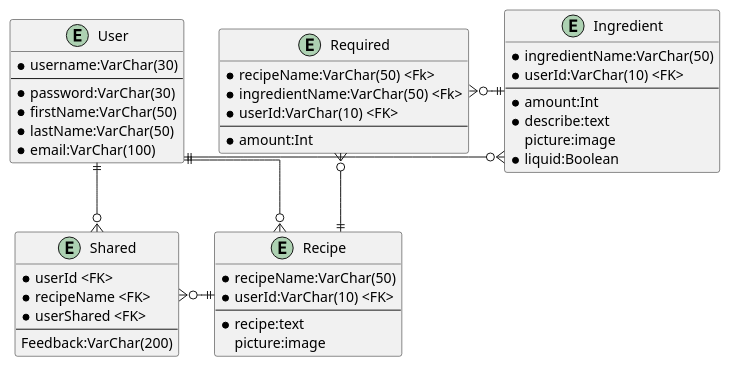
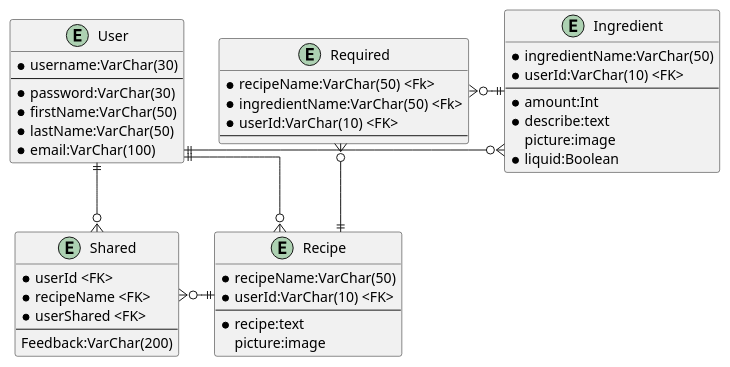
One commit to bluewolf44/PantryPal changed the diagram in Diagrams/BTeamERD.puml. Above: the diagram before and after it, drawn with PlantUML. The commit also changed 1 other file, not shown here.

```diff
--- a/Diagrams/BTeamERD.puml
+++ b/Diagrams/BTeamERD.puml
@@ -1,68 +1,67 @@
 @startuml
 
 skinparam linetype polyline
 skinparam linetype ortho
 
     entity User {
         * username:VarChar(30)
         --
         * password:VarChar(30)
         * firstName:VarChar(50)
         * lastName:VarChar(50)
         * email:VarChar(100)
     }
 
     entity Ingredient {
         * ingredientName:VarChar(50)
         * userId:VarChar(10) <FK>
         --
         * amount:Int
         * describe:text
         picture:image
         * liquid:Boolean
     }
 
     entity Recipe {
         * recipeName:VarChar(50)
         * userId:VarChar(10) <FK>
         --
         * recipe:text
         picture:image
     }
 
     entity Required {
         * recipeName:VarChar(50) <Fk>
         * ingredientName:VarChar(50) <Fk>
         * userId:VarChar(10) <FK>
         --
-        * amount:Int
     }
 
     entity Shared {
         * userId <FK>
         * recipeName <FK>
         * userShared <FK>
         --
         Feedback:VarChar(200)
     }
 
 'Break if more that one feedback perperson
 
 '    entity Feedback {
 '        * userId <FK>
 '        * recipeName <FK>
 '       * userShared <FK>
 '        * index:Int
 '        --
 '        * Feedback:VarChar(200)
 '    }
 
 
     User ||-o{ Ingredient
     User ||-o{ Recipe
     Required }o-|| Recipe
     Required }o-|| Ingredient
     Shared }o-||Recipe
     User ||--o{Shared
 
 @enduml
```
